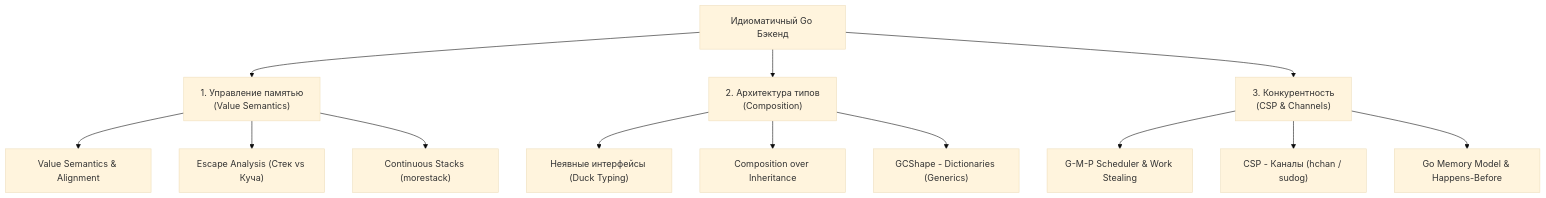
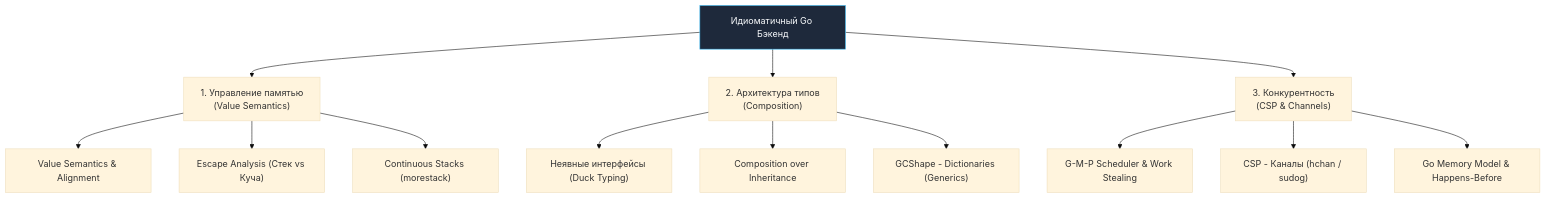
One commit to UnrealTemplier/go-textbook changed the diagram in sources/5. Учебник по Go (Основы и синтаксис)/44. Итоги раздела. Что нужно знать перед переходом к Deep Go.md. Above: the diagram before and after it, drawn with Mermaid (base theme). The commit also changed 1666 other files, not shown here.

First line of the commit message:
feat(mermaid): add semantic color classDef to 1369 colorless flowchart/graph diagrams

````diff
--- a/sources/5. Учебник по Go (Основы и синтаксис)/44. Итоги раздела. Что нужно знать перед переходом к Deep Go.md
+++ b/sources/5. Учебник по Go (Основы и синтаксис)/44. Итоги раздела. Что нужно знать перед переходом к Deep Go.md
@@ -20,18 +20,28 @@
 ```mermaid
 flowchart TD
-    Go["Идиоматичный Go Бэкенд"] --> Mem["1. Управление памятью<br>(Value Semantics)"]
+    classDef process  fill:#1e293b,stroke:#38bdf8,stroke-width:1px,color:#f8fafc
+    classDef success  fill:#064e3b,stroke:#34d399,stroke-width:1px,color:#f8fafc
+    classDef error    fill:#7f1d1d,stroke:#f87171,stroke-width:1px,color:#f8fafc
+    classDef warning  fill:#78350f,stroke:#fbbf24,stroke-width:1px,color:#f8fafc
+    classDef entry    fill:#1e3a5f,stroke:#38bdf8,stroke-width:2px,color:#f8fafc
+    classDef aux      fill:#334155,stroke:#64748b,stroke-width:1px,color:#f8fafc
+    classDef system   fill:#312e81,stroke:#a78bfa,stroke-width:1px,color:#f8fafc
+    classDef data     fill:#132d29,stroke:#2dd4bf,stroke-width:1px,color:#f8fafc
+    classDef network  fill:#881337,stroke:#fb7185,stroke-width:1px,color:#f8fafc
+    classDef accent   fill:#1e1b4b,stroke:#818cf8,stroke-width:1px,color:#f8fafc
+    Go["Идиоматичный Go Бэкенд"]:::process --> Mem["1. Управление памятью<br>(Value Semantics)"]
     Go --> Arch["2. Архитектура типов<br>(Composition)"]
     Go --> Conc["3. Конкурентность<br>(CSP & Channels)"]
 
     Mem --> M1["Value Semantics & Alignment"]
     Mem --> M2["Escape Analysis (Стек vs Куча)"]
     Mem --> M3["Continuous Stacks (morestack)"]
 
     Arch --> A1["Неявные интерфейсы (Duck Typing)"]
     Arch --> A2["Composition over Inheritance"]
     Arch --> A3["GCShape - Dictionaries (Generics)"]
 
     Conc --> C1["G-M-P Scheduler & Work Stealing"]
     Conc --> C2["CSP - Каналы (hchan / sudog)"]
     Conc --> C3["Go Memory Model & Happens-Before"]
 ```
````
